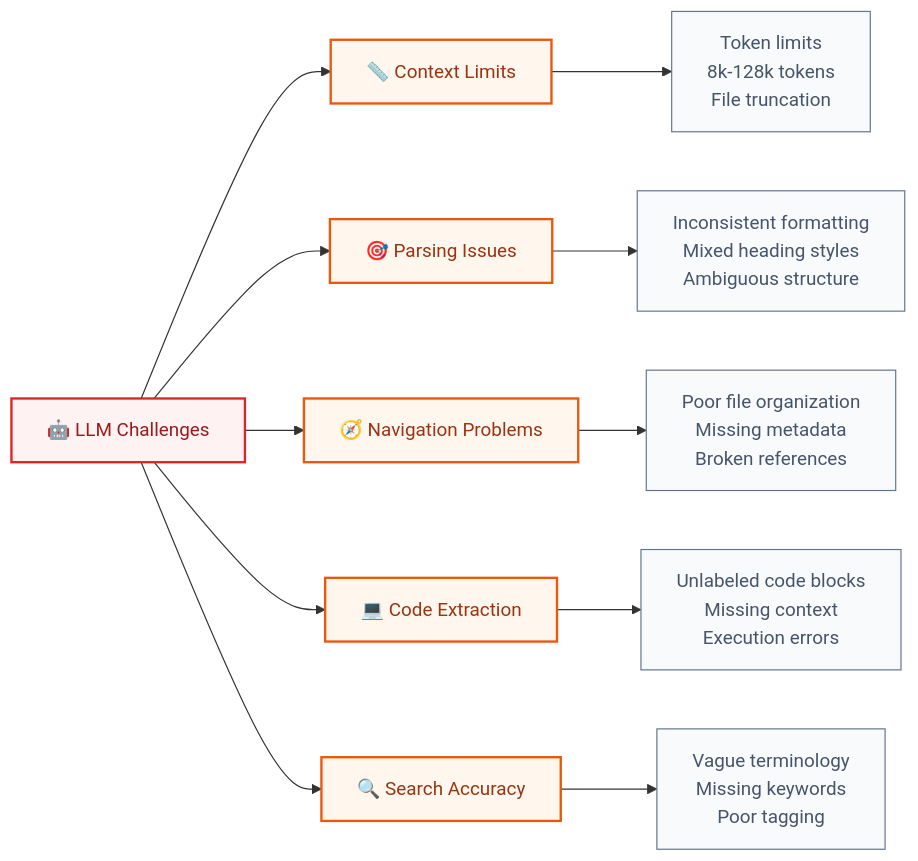
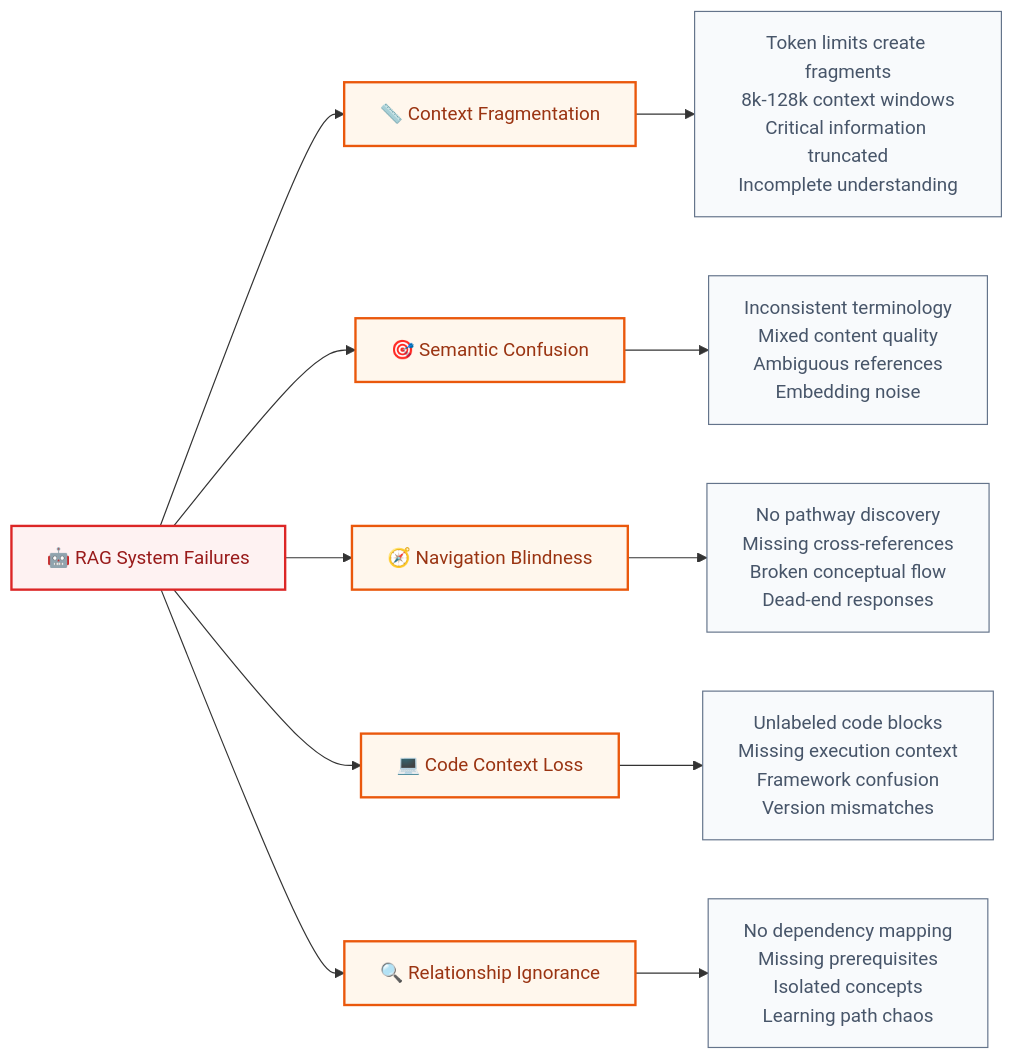
Before and after one commit to raphaelmansuy/tutorials: the eighth of 34 diagrams in 39-llm-documentation-complete.md, drawn with Mermaid. The commit also changed other lines of this file, not shown here.

Commit message:
Revise LLM Documentation: Enhance clarity, address RAG system failures, and optimize structure for improved AI discoverability and user experience

````diff
--- a/39-llm-documentation-complete.md
+++ b/39-llm-documentation-complete.md
@@ -183,22 +308,22 @@
 ```mermaid
 graph LR
-    A[🤖 LLM Challenges] --> B[📏 Context Limits]
-    A --> C[🎯 Parsing Issues]
-    A --> D[🧭 Navigation Problems]
-    A --> E[💻 Code Extraction]
-    A --> F[🔍 Search Accuracy]
+    A[🤖 RAG System Failures] --> B[📏 Context Fragmentation]
+    A --> C[🎯 Semantic Confusion]
+    A --> D[🧭 Navigation Blindness]
+    A --> E[💻 Code Context Loss]
+    A --> F[🔍 Relationship Ignorance]
     
-    B --> B1[Token limits<br/>8k-128k tokens<br/>File truncation]
-    C --> C1[Inconsistent formatting<br/>Mixed heading styles<br/>Ambiguous structure]
-    D --> D1[Poor file organization<br/>Missing metadata<br/>Broken references]
-    E --> E1[Unlabeled code blocks<br/>Missing context<br/>Execution errors]
-    F --> F1[Vague terminology<br/>Missing keywords<br/>Poor tagging]
+    B --> B1[Token limits create fragments<br/>8k-128k context windows<br/>Critical information truncated<br/>Incomplete understanding]
+    C --> C1[Inconsistent terminology<br/>Mixed content quality<br/>Ambiguous references<br/>Embedding noise]
+    D --> D1[No pathway discovery<br/>Missing cross-references<br/>Broken conceptual flow<br/>Dead-end responses]
+    E --> E1[Unlabeled code blocks<br/>Missing execution context<br/>Framework confusion<br/>Version mismatches]
+    F --> F1[No dependency mapping<br/>Missing prerequisites<br/>Isolated concepts<br/>Learning path chaos]
     
-    classDef challenge fill:#fef2f2,stroke:#dc2626,stroke-width:2px,color:#991b1b
+    classDef failure fill:#fef2f2,stroke:#dc2626,stroke-width:2px,color:#991b1b
     classDef category fill:#fff7ed,stroke:#ea580c,stroke-width:2px,color:#9a3412
     classDef impact fill:#f8fafc,stroke:#64748b,stroke-width:1px,color:#475569
     
-    class A challenge
+    class A failure
     class B,C,D,E,F category
     class B1,C1,D1,E1,F1 impact
 ```
````
